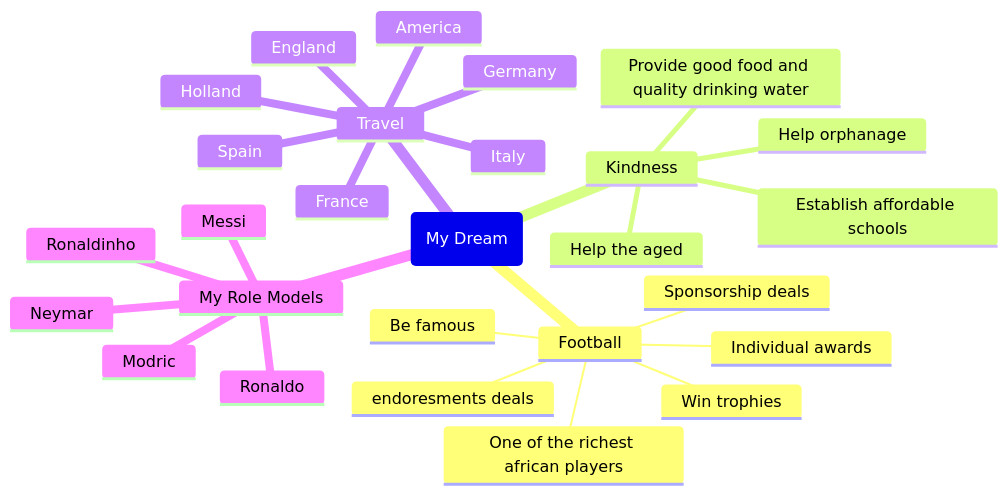
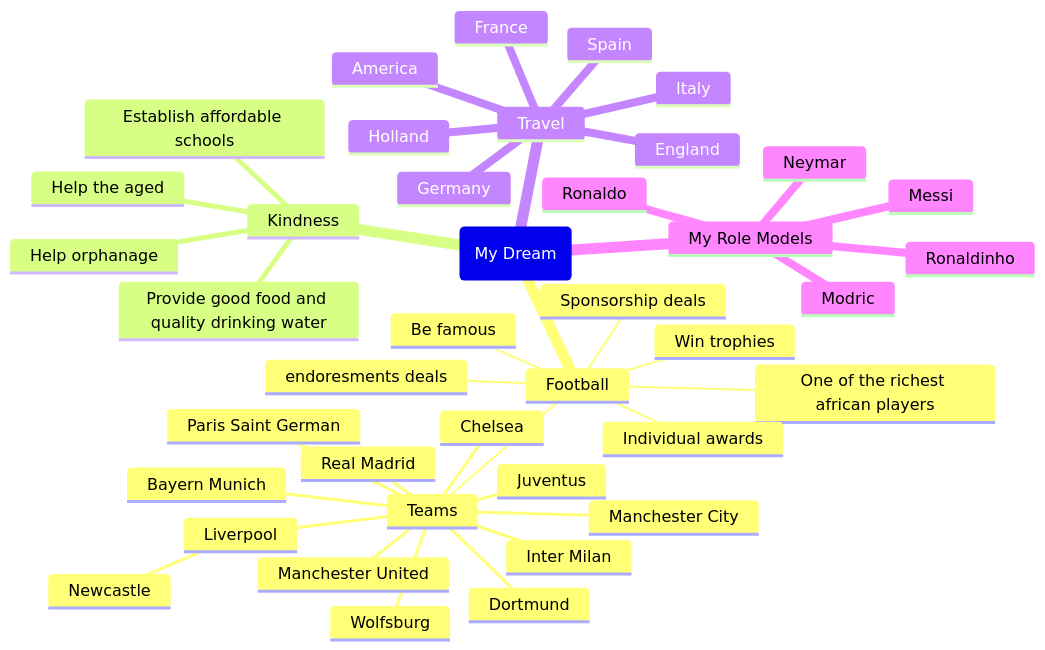
Before and after one commit to EMMANUELKUS/My-Dream: the diagram in README.md, drawn with Mermaid.

Commit message:
Added more
I’m still adding more to the chart,I just added teams to the football

````diff
--- a/README.md
+++ b/README.md
@@ -4,30 +4,43 @@
 ```mermaid
 mindmap
 root(My Dream)
    Football
+     Teams
+      Manchester City
+      Manchester United
+      Real Madrid
+      Liverpool
+       Newcastle
+      Chelsea
+      Juventus
+      Inter Milan
+      Bayern Munich
+      Dortmund
+      Wolfsburg
+      Paris Saint German
      Win trophies
      Be famous
      Sponsorship deals
      One of the richest african players
      Individual awards
      endoresments deals
   Kindness
     Help orphanage
     Help the aged
     Establish affordable schools
     Provide good food and quality drinking water
  Travel
    Holland
    Italy
    Spain
    Germany
    England
    France
    America
  My Role Models
    Neymar
    Ronaldo
    Messi
    Modric
    Ronaldinho
 ```
````
